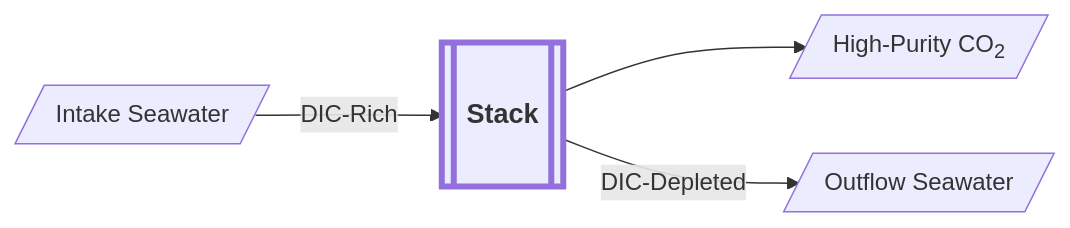
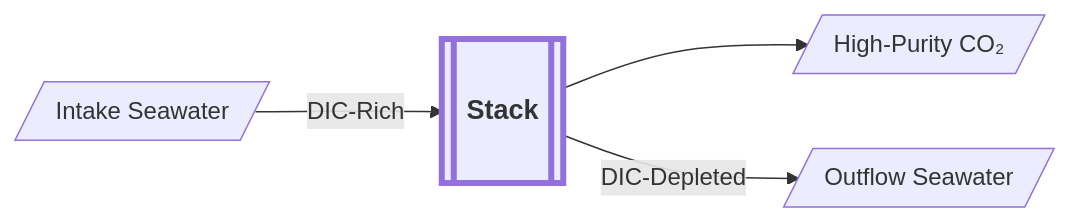
Before and after one commit to yuroucelinexiao/ionic-stacks: the first of 2 diagrams in content/tech/sectors/mcdr/_index.md, drawn with Mermaid. The commit also changed 32 other files, not shown here.

```diff
--- a/content/tech/sectors/mcdr/_index.md
+++ b/content/tech/sectors/mcdr/_index.md
@@ -25,18 +25,18 @@
 {{<mermaid >}}
   flowchart LR
 
   %% define the nodes
     Intake[/"Intake Seawater"/]
     Stack[["Stack"]]
-    Pure[/"High-Purity CO<sub>2</sub>"/]
+    Pure[/"High-Purity CO₂"/]
     Outflow[/"Outflow Seawater"/]
 
   %% define the flow
     Intake -->|DIC-Rich| Stack
     Stack --> Pure
     Stack -->|DIC-Depleted| Outflow
 
    %% styling
     classDef StackStyle padding:25px 50px,stroke-width:4px,font-weight:bold,font-size:18px;
     class Stack StackStyle
 {{</mermaid >}}
```
